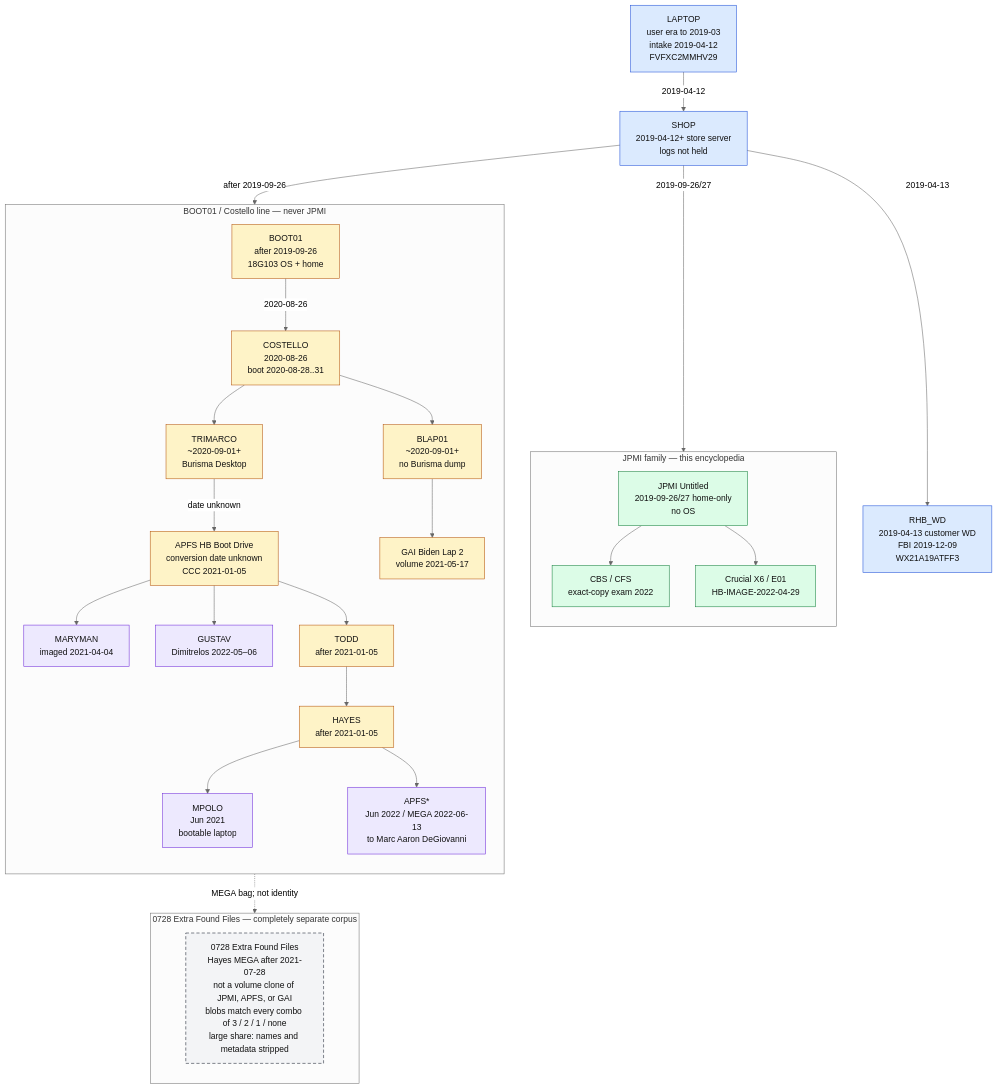
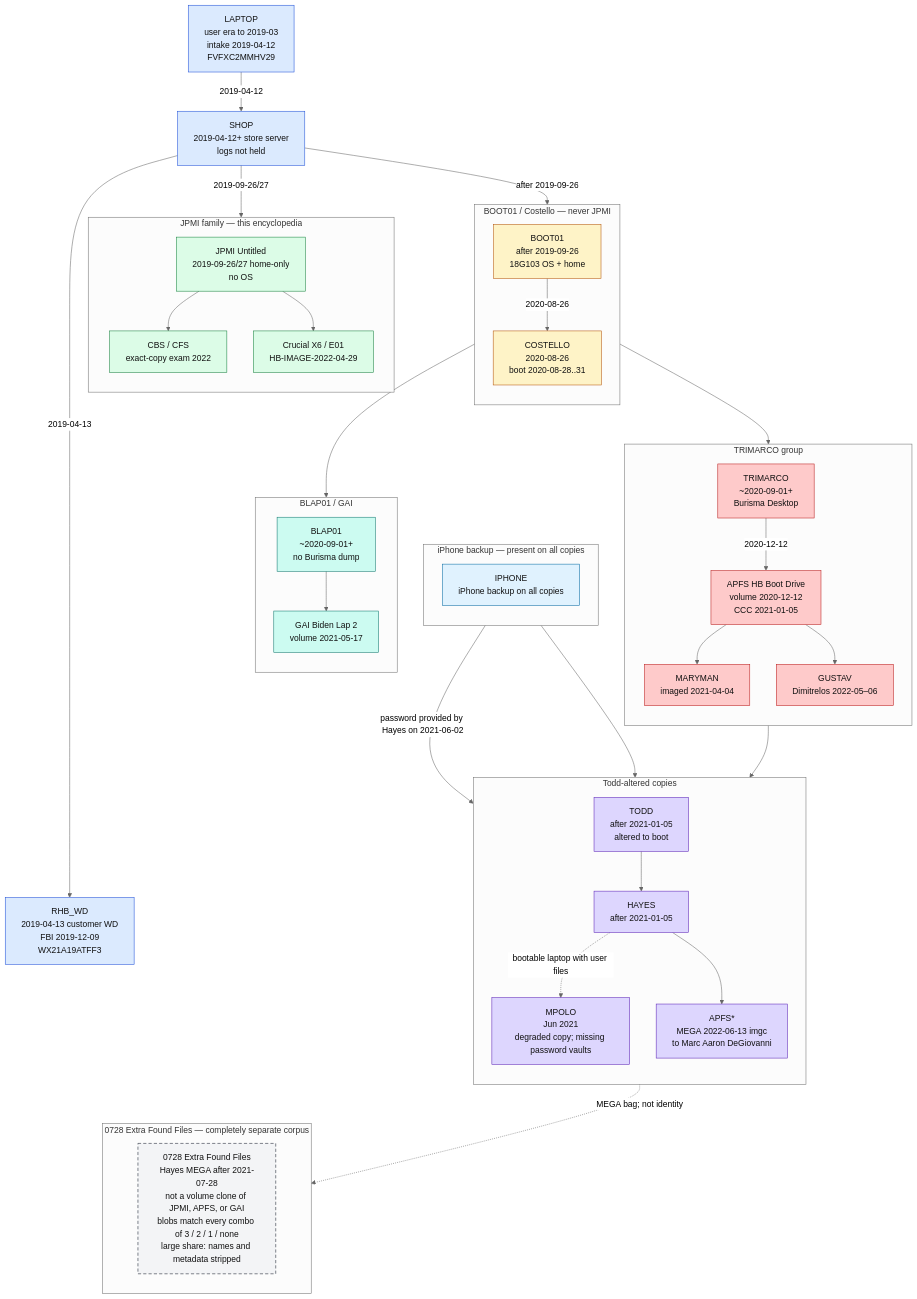
One commit to 459Crimes/HunterBidenLaptop_JPMI changed the first of 2 diagrams in docs/BRANCH_DEVIATIONS.md. Above: the diagram before and after it, drawn with Mermaid (neutral theme). The commit also changed other lines of this file and 26 other files, not shown here.

First line of the commit message:
Update documentation to clarify the lineage and custody of various copies related to the JPMI project

````diff
--- a/docs/BRANCH_DEVIATIONS.md
+++ b/docs/BRANCH_DEVIATIONS.md
@@ -30,13 +30,20 @@
 ```mermaid
 %% Canonical named copy graph.
 %% JPMI is not an ancestor of COSTELLO, TRIMARCO, APFS, HAYES, MPOLO, or APFS*.
-%% 0728 is a separate corpus (Hayes MEGA bag), not a clone of JPMI, APFS, or GAI.
+%% SHOP children: RHB_WD, JPMI, and BOOT01/COSTELLO at equal rank.
+%% COSTELLO grandchildren: TRIMARCO group vs BLAP01/GAI.
+%% TODD/HAYES/APFS*/MPOLO are a separate color: Todd altered his copy to boot.
+%% 0728 is a separate corpus (Hayes MEGA bag). MPOLO is a degraded Hayes outbound.
+%% IPHONE backup is on all copies; Hayes supplied the backup password 2021-06-02.
 flowchart TB
   classDef shop fill:#dbeafe,stroke:#1d4ed8,color:#111
   classDef jpmi fill:#dcfce7,stroke:#15803d,color:#111
   classDef boot fill:#fef3c7,stroke:#b45309,color:#111
-  classDef exam fill:#ede9fe,stroke:#6d28d9,color:#111
+  classDef trim fill:#fecaca,stroke:#b91c1c,color:#111
+  classDef gai fill:#ccfbf1,stroke:#0f766e,color:#111
+  classDef todd fill:#ddd6fe,stroke:#5b21b6,color:#111
   classDef side fill:#f3f4f6,stroke:#111827,stroke-dasharray: 6 4,color:#111
+  classDef phone fill:#e0f2fe,stroke:#0369a1,color:#111
 
   LAPTOP["LAPTOP<br/>user era to 2019-03<br/>intake 2019-04-12<br/>FVFXC2MMHV29"]:::shop
   SHOP["SHOP<br/>2019-04-12+ store server<br/>logs not held"]:::shop
@@ -49,20 +56,37 @@
     X6["Crucial X6 / E01<br/>HB-IMAGE-2022-04-29"]:::jpmi
   end
 
-  subgraph BOOT["BOOT01 / Costello line — never JPMI"]
+  subgraph BOOT["BOOT01 / Costello — never JPMI"]
     direction TB
     BOOT01["BOOT01<br/>after 2019-09-26<br/>18G103 OS + home"]:::boot
     COSTELLO["COSTELLO<br/>2020-08-26<br/>boot 2020-08-28..31"]:::boot
-    TRIMARCO["TRIMARCO<br/>~2020-09-01+<br/>Burisma Desktop"]:::boot
-    BLAP01["BLAP01<br/>~2020-09-01+<br/>no Burisma dump"]:::boot
-    APFS["APFS HB Boot Drive<br/>conversion date unknown<br/>CCC 2021-01-05"]:::boot
-    GAI["GAI Biden Lap 2<br/>volume 2021-05-17"]:::boot
-    MARYMAN["MARYMAN<br/>imaged 2021-04-04"]:::exam
-    GUSTAV["GUSTAV<br/>Dimitrelos 2022-05–06"]:::exam
-    TODD["TODD<br/>after 2021-01-05"]:::boot
-    HAYES["HAYES<br/>after 2021-01-05"]:::boot
-    MPOLO["MPOLO<br/>Jun 2021<br/>bootable laptop"]:::exam
-    APFSstar["APFS*<br/>Jun 2022 / MEGA 2022-06-13<br/>to Marc Aaron DeGiovanni"]:::exam
+  end
+
+  subgraph TRIM["TRIMARCO group"]
+    direction TB
+    TRIMARCO["TRIMARCO<br/>~2020-09-01+<br/>Burisma Desktop"]:::trim
+    APFS["APFS HB Boot Drive<br/>volume 2020-12-12<br/>CCC 2021-01-05"]:::trim
+    MARYMAN["MARYMAN<br/>imaged 2021-04-04"]:::trim
+    GUSTAV["GUSTAV<br/>Dimitrelos 2022-05–06"]:::trim
+  end
+
+  subgraph BLAPG["BLAP01 / GAI"]
+    direction TB
+    BLAP01["BLAP01<br/>~2020-09-01+<br/>no Burisma dump"]:::gai
+    GAI["GAI Biden Lap 2<br/>volume 2021-05-17"]:::gai
+  end
+
+  subgraph TODDGRP["Todd-altered copies"]
+    direction TB
+    TODD["TODD<br/>after 2021-01-05<br/>altered to boot"]:::todd
+    HAYES["HAYES<br/>after 2021-01-05"]:::todd
+    MPOLO["MPOLO<br/>Jun 2021<br/>degraded copy; missing password vaults"]:::todd
+    APFSstar["APFS*<br/>MEGA 2022-06-13 imgc<br/>to Marc Aaron DeGiovanni"]:::todd
+  end
+
+  subgraph PHONE["iPhone backup — present on all copies"]
+    direction TB
+    IPHONE["IPHONE<br/>iPhone backup on all copies"]:::phone
   end
 
   subgraph SIDE["0728 Extra Found Files — completely separate corpus"]
@@ -79,13 +103,16 @@
   BOOT01 -->|2020-08-26| COSTELLO
   COSTELLO --> TRIMARCO
   COSTELLO --> BLAP01
-  TRIMARCO -->|date unknown| APFS
+  TRIMARCO -->|2020-12-12| APFS
   BLAP01 --> GAI
   APFS --> MARYMAN
   APFS --> GUSTAV
   APFS --> TODD
   TODD --> HAYES
-  HAYES --> MPOLO
+  HAYES -.->|bootable laptop with user files| MPOLO
   HAYES --> APFSstar
   HAYES -.->|MEGA bag; not identity| EFF
+  IPHONE -->|password provided by Hayes on 2021-06-02| HAYES
+  IPHONE --> MPOLO
+  RHB_WD ~~~ EFF
 ```
````
